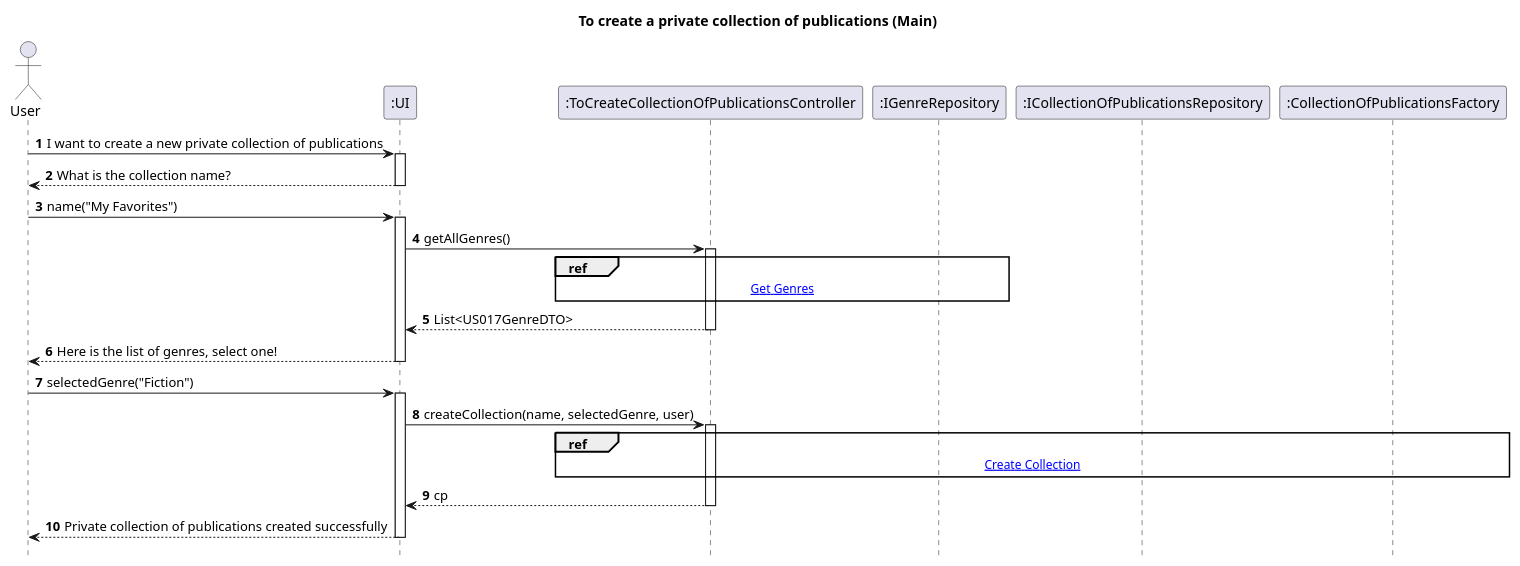
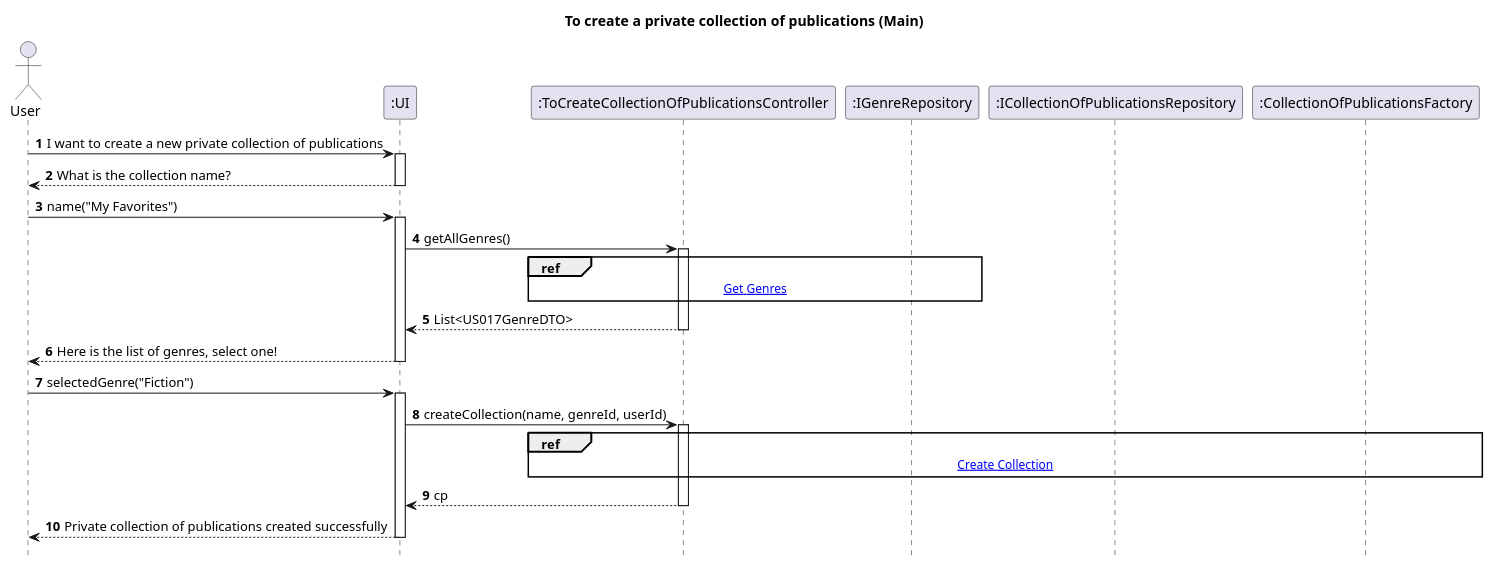
The diagram in Diagrams/SequenceDiagrams/N2/To-create-private-publication-list/1.MainDiagram.puml (AndrePereiraGitH/SWitCH-Project-Team_A), drawn with PlantUML before and after one commit. The commit also changed 4 other files, not shown here.

Commit message:
docs: update ToCreatePrivateCollectionOfPublications diagrams to include persistence layer #760

```diff
--- a/Diagrams/SequenceDiagrams/N2/To-create-private-publication-list/1.MainDiagram.puml
+++ b/Diagrams/SequenceDiagrams/N2/To-create-private-publication-list/1.MainDiagram.puml
@@ -1,57 +1,57 @@
 @startuml
 hide footbox
 autonumber
 title To create a private collection of publications (Main)
 
 actor "User" as User
 participant ":UI" as UI
 participant ":ToCreateCollectionOfPublicationsController" as Controller
 participant ":IGenreRepository" as GenreRepo
 participant ":ICollectionOfPublicationsRepository" as CollectionRepo
 participant ":CollectionOfPublicationsFactory" as Factory
 
 ' --- Start ---
 User -> UI : I want to create a new private collection of publications
 activate UI
 UI --> User : What is the collection name?
 deactivate UI
 
 User -> UI : name("My Favorites")
 activate UI
 
 ' =========================
 ' Get Genres (reference)
 ' =========================
 UI -> Controller : getAllGenres()
 activate Controller
 
 ref over Controller, GenreRepo
 [[2.GetGenres.puml Get Genres]]
 end ref
 
 Controller --> UI : List<US017GenreDTO>
 deactivate Controller
 
 UI --> User : Here is the list of genres, select one!
 deactivate UI
 
 ' =========================
 ' Create Private Collection (reference)
 ' =========================
 User -> UI : selectedGenre("Fiction")
 activate UI
 
-UI -> Controller : createCollection(name, selectedGenre, user)
+UI -> Controller : createCollection(name, genreId, userId)
 activate Controller
 
 ref over Controller, CollectionRepo, Factory
 [[3.CreateCollection.puml Create Collection]]
 end ref
 
 Controller --> UI : cp
 deactivate Controller
 
 UI --> User : Private collection of publications created successfully
 deactivate UI
 
 @enduml
```
